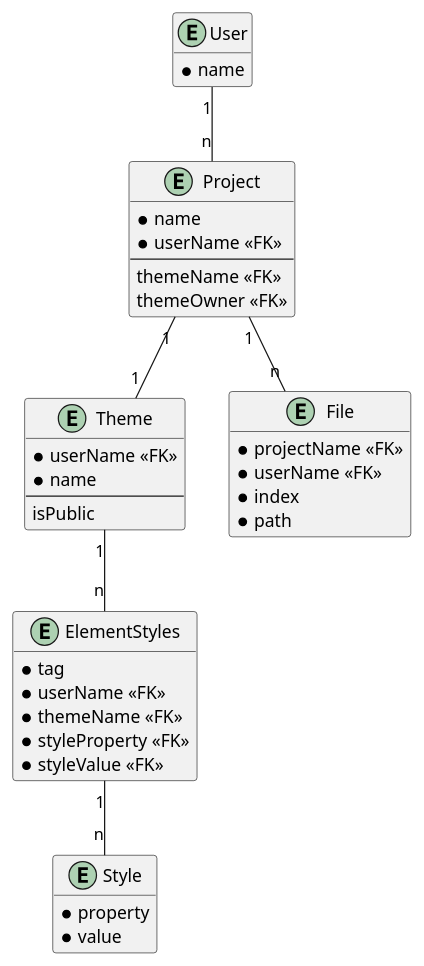
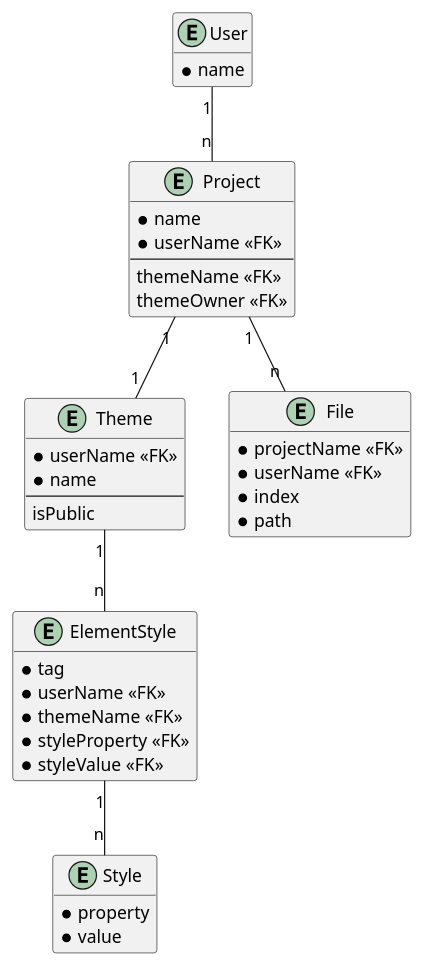
One commit to 2324-3bhif-teaching/StaticSiteGenerator changed the diagram in docs/entityRelationshipDiagram.puml. Above: the diagram before and after it, drawn with PlantUML. The commit also changed 4 other files, not shown here.

```diff
--- a/docs/entityRelationshipDiagram.puml
+++ b/docs/entityRelationshipDiagram.puml
@@ -1,56 +1,56 @@
 @startuml a
 hide empty fields
 hide empty methods
 
 entity Theme
 {
   * userName <<FK>>
   * name
   --
   isPublic
 }
 
-entity ElementStyles
+entity ElementStyle
 {
   * tag
   * userName <<FK>>
   * themeName <<FK>>
   * styleProperty <<FK>>
   * styleValue <<FK>>
 }
 
 entity Style
 {
   * property
   * value
 }
 
 entity Project
 {
   * name
   * userName <<FK>>
   --
   themeName <<FK>>
   themeOwner <<FK>>
 }
 
 entity File
 {
   * projectName <<FK>>
   * userName <<FK>>
   * index
   * path
 }
 
 entity User
 {
   * name
 }
 
-Theme "1" -- "n" ElementStyles
-ElementStyles "1" -- "n" Style
+Theme "1" -- "n" ElementStyle
+ElementStyle "1" -- "n" Style
 User "1" -- "n" Project
 Project "1" -- "1" Theme
 Project "1" -- "n" File
 
 @enduml
```
